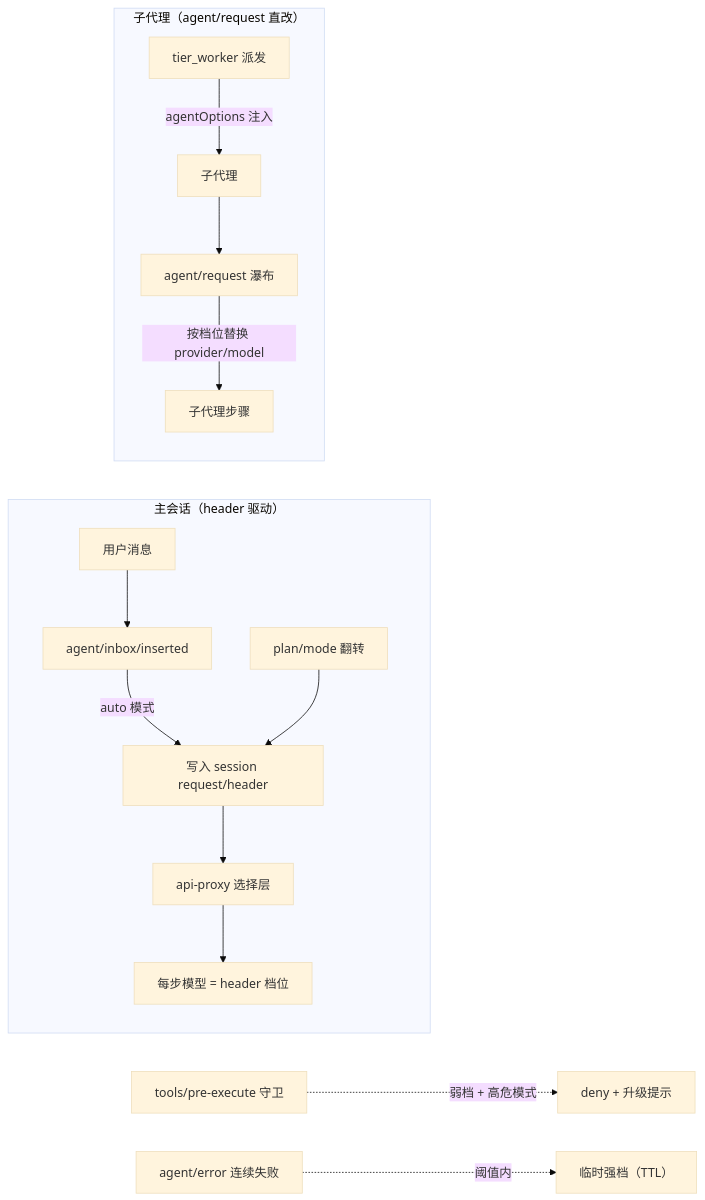
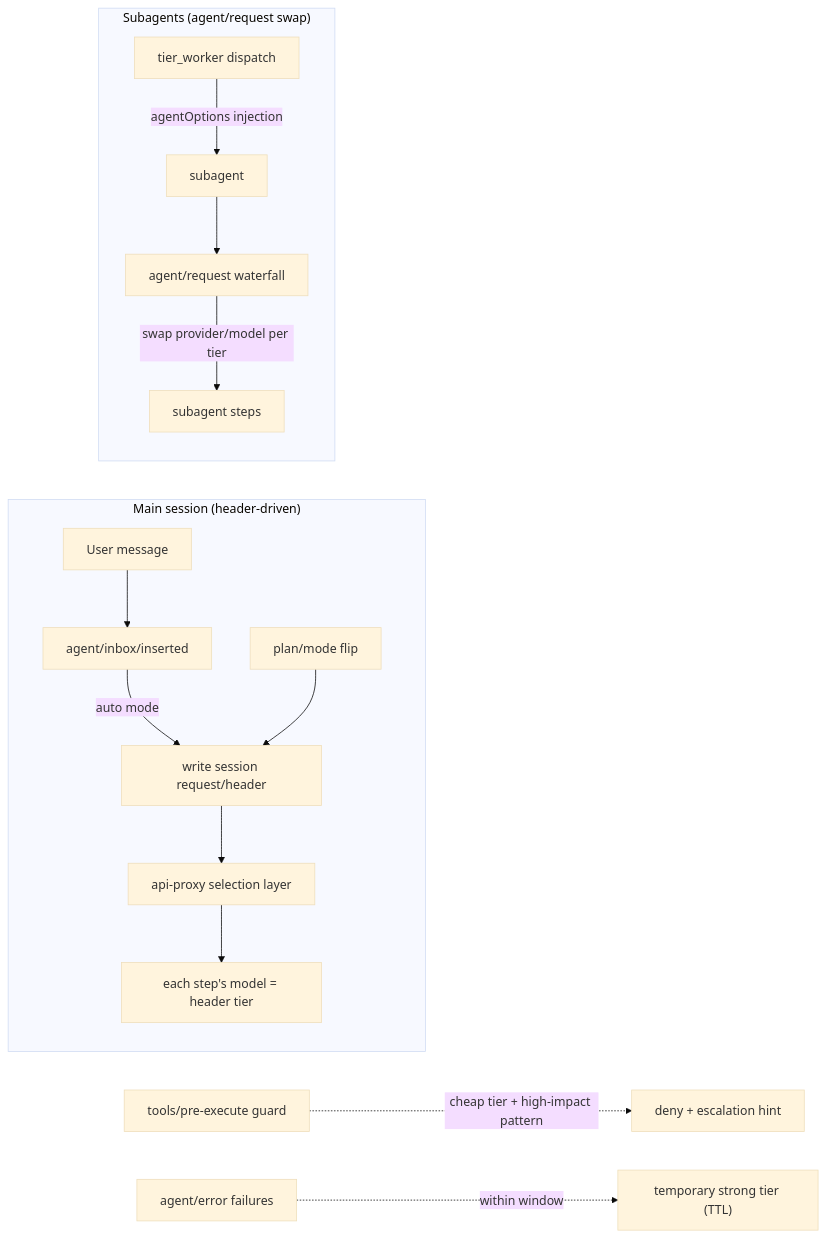
Before and after one commit to BruceLanLan/dsh-tier-router: the first of 2 diagrams in README.md, drawn with Mermaid (base theme). The commit also changed other lines of this file and 1 other file, not shown here.

````diff
--- a/README.md
+++ b/README.md
@@ -13,17 +17,17 @@
 ```mermaid
 flowchart LR
-    subgraph main["主会话（header 驱动）"]
-      U["用户消息"] --> IN["agent/inbox/inserted"]
-      IN -->|"auto 模式"| HW["写入 session request/header"]
-      PM["plan/mode 翻转"] --> HW
-      HW --> API["api-proxy 选择层"]
-      API --> STEP["每步模型 = header 档位"]
+    subgraph main["Main session (header-driven)"]
+      U["User message"] --> IN["agent/inbox/inserted"]
+      IN -->|"auto mode"| HW["write session request/header"]
+      PM["plan/mode flip"] --> HW
+      HW --> API["api-proxy selection layer"]
+      API --> STEP["each step's model = header tier"]
     end
-    subgraph child["子代理（agent/request 直改）"]
-      W["tier_worker 派发"] -->|"agentOptions 注入"| C["子代理"]
-      C --> AR["agent/request 瀑布"]
-      AR -->|"按档位替换 provider/model"| STEP2["子代理步骤"]
+    subgraph child["Subagents (agent/request swap)"]
+      W["tier_worker dispatch"] -->|"agentOptions injection"| C["subagent"]
+      C --> AR["agent/request waterfall"]
+      AR -->|"swap provider/model per tier"| STEP2["subagent steps"]
     end
-    G["tools/pre-execute 守卫"] -.->|"弱档 + 高危模式"| DENY["deny + 升级提示"]
-    E["agent/error 连续失败"] -.->|"阈值内"| ESC["临时强档（TTL）"]
+    G["tools/pre-execute guard"] -.->|"cheap tier + high-impact pattern"| DENY["deny + escalation hint"]
+    E["agent/error failures"] -.->|"within window"| ESC["temporary strong tier (TTL)"]
 ```
````
